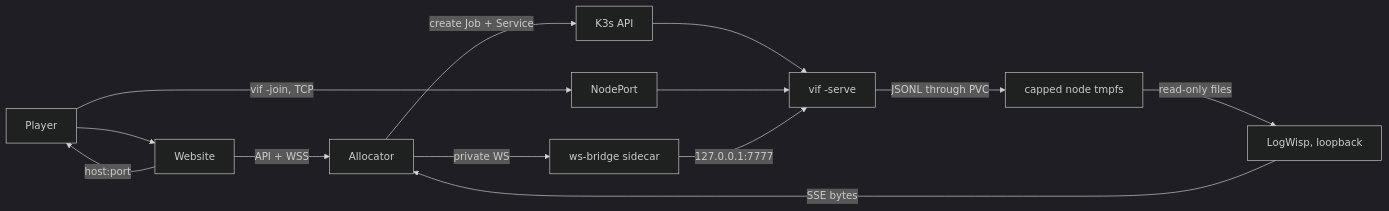
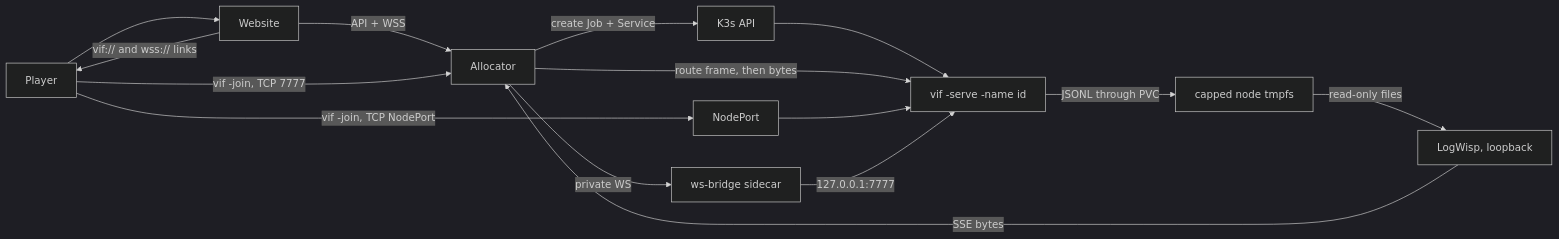
One commit to lixenwraith/vif changed the diagram in doc/kubernetes-fleet.md. Above: the diagram before and after it, drawn with Mermaid (dark theme). The commit also changed other lines of this file and 10 other files, not shown here.

````diff
--- a/doc/kubernetes-fleet.md
+++ b/doc/kubernetes-fleet.md
@@ -29,14 +29,16 @@
 ```mermaid
 flowchart LR
     Player["Player"] --> Site["Website"]
     Site -->|"API + WSS"| Alloc["Allocator"]
     Alloc -->|"create Job + Service"| API["K3s API"]
-    API --> Pod["vif -serve"]
-    Site -->|"host:port"| Player
-    Player -->|"vif -join, TCP"| NP["NodePort"] --> Pod
+    API --> Pod["vif -serve -name id"]
+    Site -->|"vif:// and wss:// links"| Player
+    Player -->|"vif -join, TCP 7777"| Alloc
+    Alloc -->|"route frame, then bytes"| Pod
+    Player -->|"vif -join, TCP NodePort"| NP["NodePort"] --> Pod
     Alloc -->|"private WS"| Bridge["ws-bridge sidecar"]
     Bridge -->|"127.0.0.1:7777"| Pod
     Pod -->|"JSONL through PVC"| Logs["capped node tmpfs"]
     Logs -->|"read-only files"| Wisp["LogWisp, loopback"]
     Wisp -->|"SSE bytes"| Alloc
 ```
````
